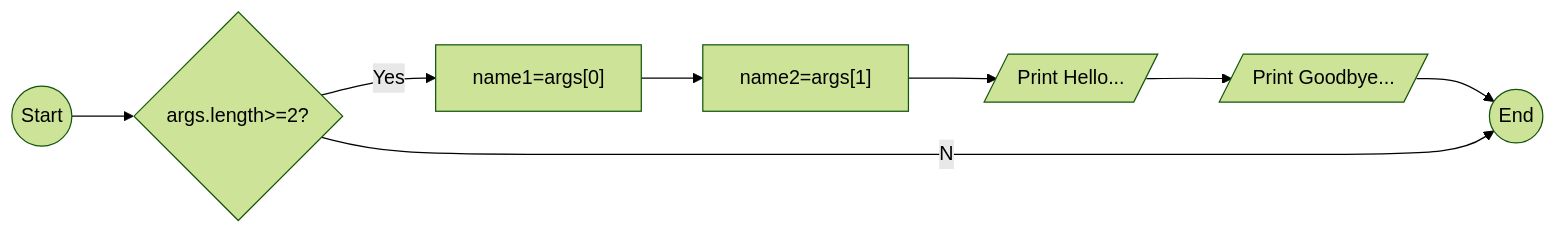
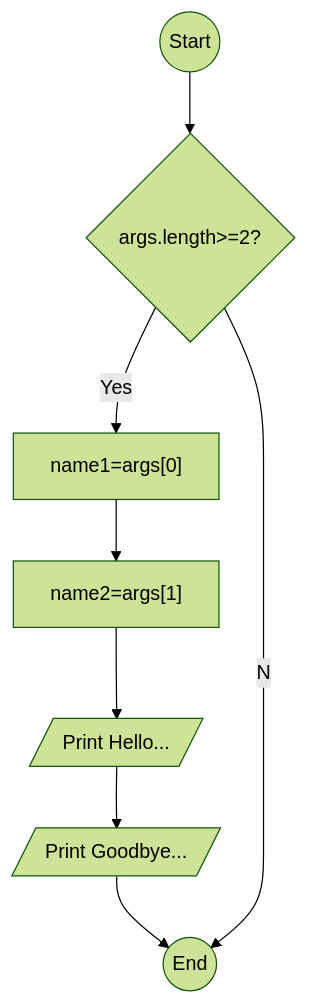
The diagram in problemSet1/HelloGoodbye.mmd (AmpongJkevin2/Flowchart-), drawn with Mermaid (forest theme) before and after one commit. The commit also changed 6 other files, not shown here.

```diff
--- a/problemSet1/HelloGoodbye.mmd
+++ b/problemSet1/HelloGoodbye.mmd
@@ -1,1 +1,1 @@
-graph LR; A((Start))-->B{"args.length>=2?"}; B--Yes-->C["name1=args[0]"]; C-->D["name2=args[1]"]; D-->E[/"Print Hello..."/]; E-->F[/"Print Goodbye..."/]; F-->G((End)); B--No-->G;
+graph TD; A((Start))-->B{"args.length>=2?"}; B--Yes-->C["name1=args[0]"]; C-->D["name2=args[1]"]; D-->E[/"Print Hello..."/]; E-->F[/"Print Goodbye..."/]; F-->G((End)); B--No-->G;
```
